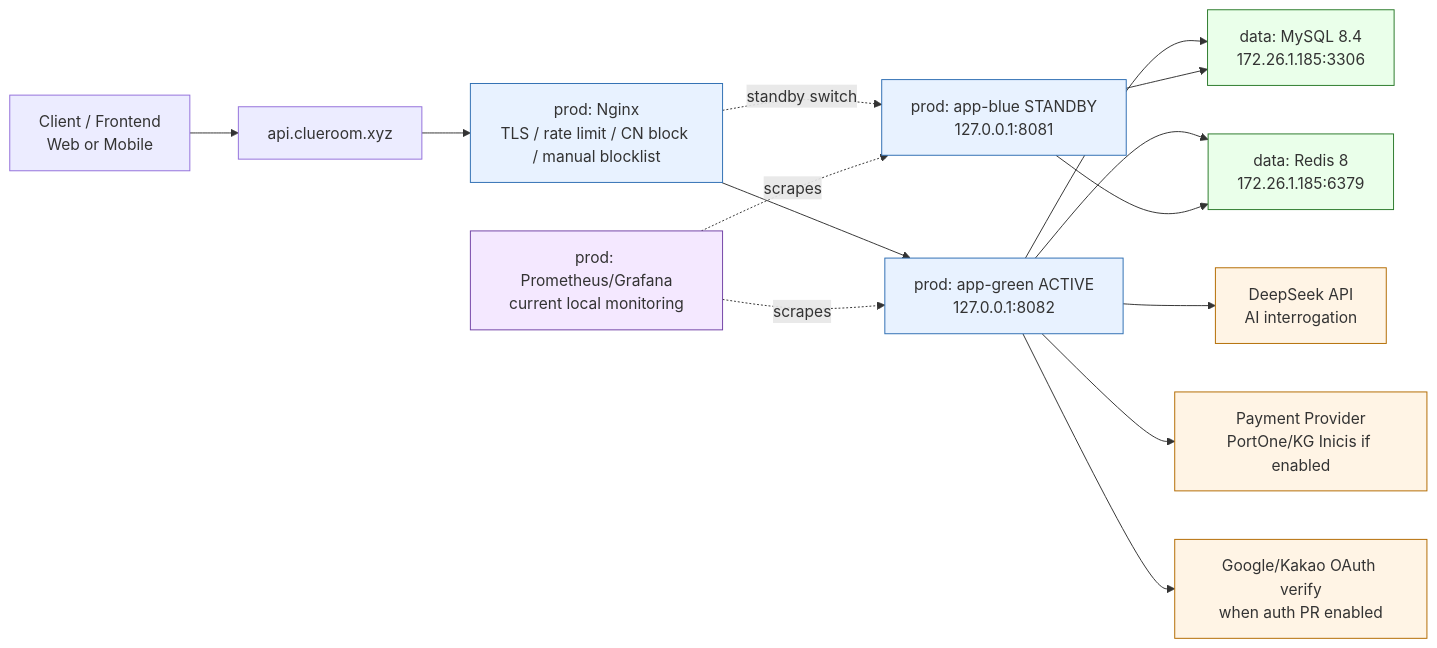
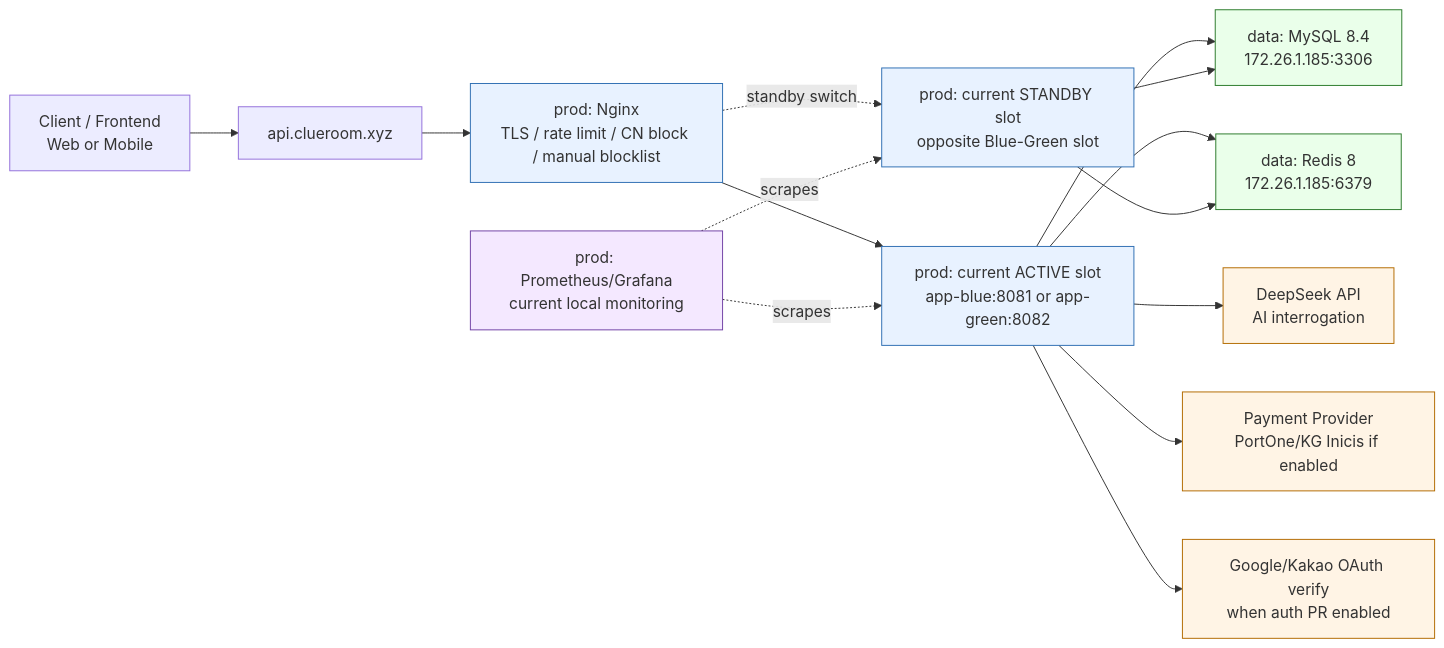
The diagram in docs/infra/diagrams/current-production-request-flow.mmd (Final-Project-sixteam-company/start-up-project), drawn with Mermaid before and after one commit. The commit also changed 2 other files, not shown here.

```diff
--- a/docs/infra/diagrams/current-production-request-flow.mmd
+++ b/docs/infra/diagrams/current-production-request-flow.mmd
@@ -1,27 +1,27 @@
 flowchart LR
     user["Client / Frontend<br/>Web or Mobile"] --> dns["api.clueroom.xyz"]
     dns --> nginx["prod: Nginx<br/>TLS / rate limit / CN block / manual blocklist"]
-    nginx --> active["prod: app-green ACTIVE<br/>127.0.0.1:8082"]
-    nginx -. standby switch .-> standby["prod: app-blue STANDBY<br/>127.0.0.1:8081"]
+    nginx --> active["prod: current ACTIVE slot<br/>app-blue:8081 or app-green:8082"]
+    nginx -. standby switch .-> standby["prod: current STANDBY slot<br/>opposite Blue-Green slot"]
 
     active --> data_mysql["data: MySQL 8.4<br/>172.26.1.185:3306"]
     active --> data_redis["data: Redis 8<br/>172.26.1.185:6379"]
     standby --> data_mysql
     standby --> data_redis
 
     active --> deepseek["DeepSeek API<br/>AI interrogation"]
     active --> portone["Payment Provider<br/>PortOne/KG Inicis if enabled"]
     active --> oauth["Google/Kakao OAuth verify<br/>when auth PR enabled"]
 
     prod_monitor["prod: Prometheus/Grafana<br/>current local monitoring"] -. scrapes .-> active
     prod_monitor -. scrapes .-> standby
 
     classDef prod fill:#e8f2ff,stroke:#2f6fb3,stroke-width:1px;
     classDef data fill:#eaffea,stroke:#2b7a2b,stroke-width:1px;
     classDef ext fill:#fff4e5,stroke:#b36b00,stroke-width:1px;
     classDef monitor fill:#f4e8ff,stroke:#7142a6,stroke-width:1px;
 
     class nginx,active,standby prod;
     class data_mysql,data_redis data;
     class deepseek,portone,oauth ext;
     class prod_monitor monitor;
```
